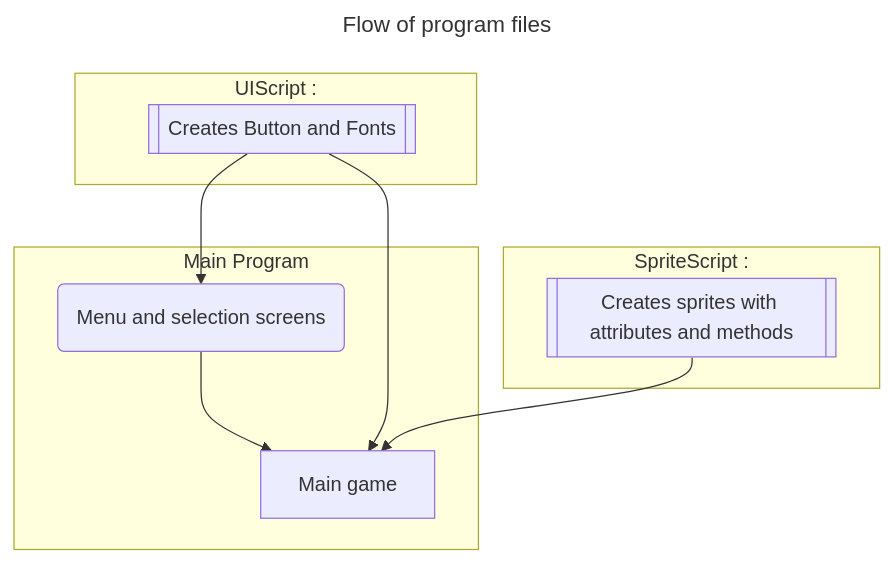
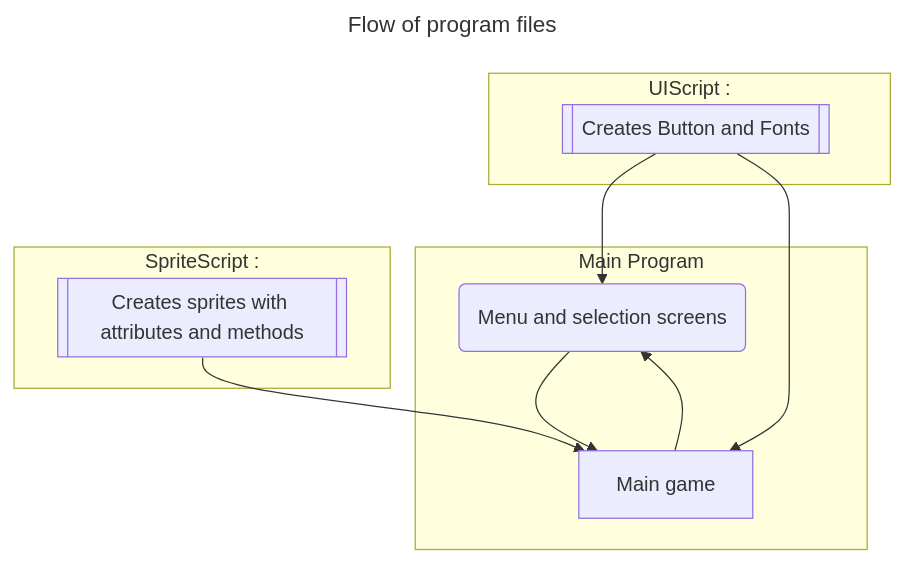
Before and after one commit to reeseH146/Fighting-game: the first of 2 diagrams in readme.md, drawn with Mermaid. The commit also changed 1 other file, not shown here.

Commit message:
Archived old file and updated README since there were complications between Main, Game and Menu.

````diff
--- a/readme.md
+++ b/readme.md
@@ -40,28 +40,28 @@
 ```mermaid
 ---
 title : Flow of program files
 ---
 graph TD;
     %% Each main element of the program
     MenuScript("Menu and selection screens")
     UIScript[["Creates Button and Fonts"]]
     GameScript["Main game"]
     SpriteScript[["Creates sprites with attributes and methods"]]
 
     %% Groups different parts of the program together
     subgraph "Main Program"
         MenuScript
         GameScript
         end
     subgraph "UIScript : "
         UIScript
         end
     subgraph "SpriteScript :"
         SpriteScript
         end
     
     %% I cannot figure out how to reorganise this diagram to be more accurate but this shall suffice
-    MenuScript --> GameScript
+    MenuScript --> GameScript --> MenuScript
     UIScript --> MenuScript & GameScript
     SpriteScript --> GameScript
 ```
````
